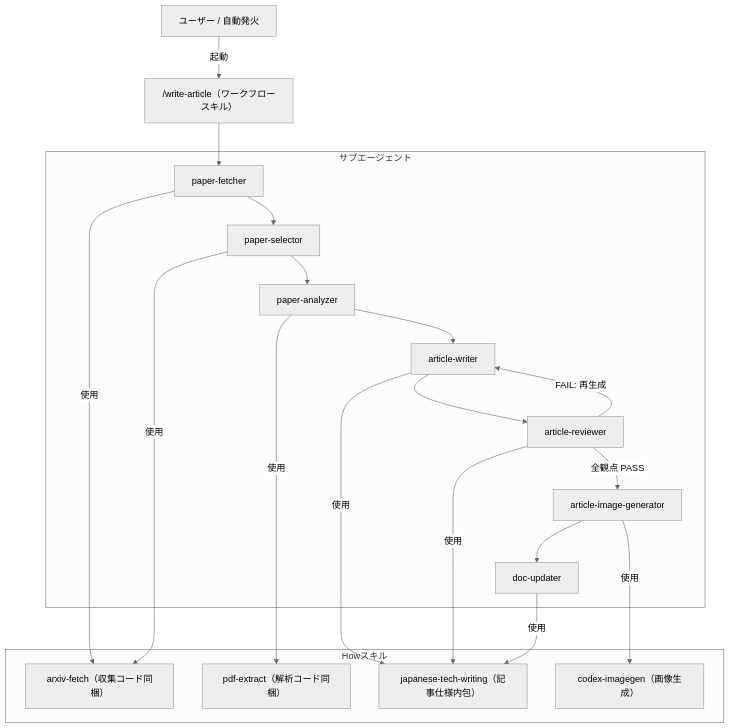
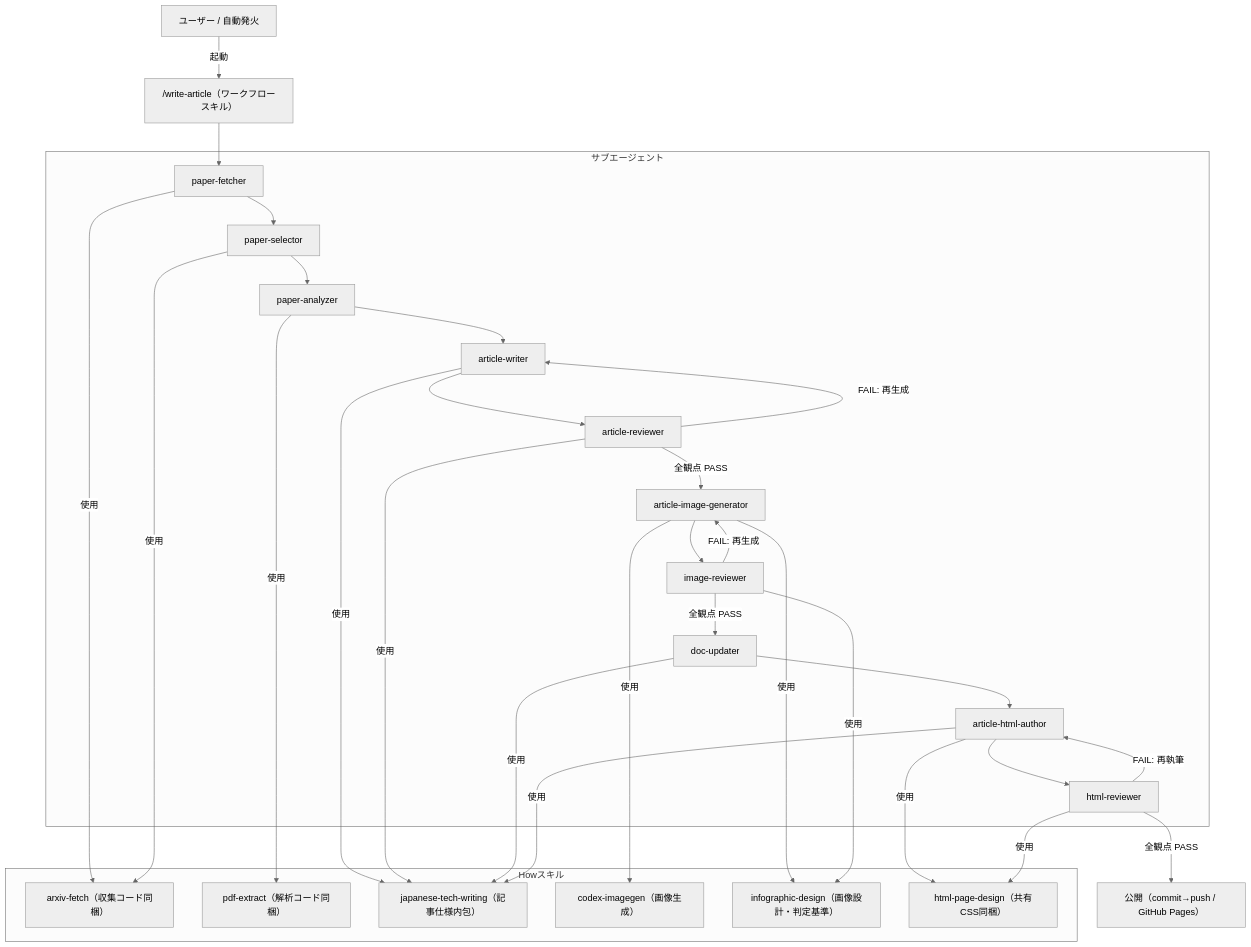
Before and after one commit to TomokiIshimine/paper-lens: the diagram in docs/architecture.md, drawn with Mermaid (neutral theme). The commit also changed other lines of this file and 5 other files, not shown here.

````diff
--- a/docs/architecture.md
+++ b/docs/architecture.md
@@ -14,35 +14,51 @@
 ```mermaid
 graph TD
     USER["ユーザー / 自動発火"]
     WF["/write-article（ワークフロースキル）"]
 
     subgraph サブエージェント
         FETCH["paper-fetcher"]
         SELECT["paper-selector"]
         ANALYZE["paper-analyzer"]
         WRITE["article-writer"]
         REVIEW["article-reviewer"]
         IMAGE["article-image-generator"]
+        IMGREV["image-reviewer"]
         DOCUP["doc-updater"]
+        HTMLAUTH["article-html-author"]
+        HTMLREV["html-reviewer"]
     end
 
     subgraph Howスキル
         SK_FETCH["arxiv-fetch（収集コード同梱）"]
         SK_PDF["pdf-extract（解析コード同梱）"]
         SK_WRITE["japanese-tech-writing（記事仕様内包）"]
         SK_IMG["codex-imagegen（画像生成）"]
+        SK_INFO["infographic-design（画像設計・判定基準）"]
+        SK_HTML["html-page-design（共有CSS同梱）"]
     end
+
+    PAGES["公開（commit→push / GitHub Pages）"]
 
     USER -->|起動| WF
     WF --> FETCH --> SELECT --> ANALYZE --> WRITE --> REVIEW
     REVIEW -->|FAIL: 再生成| WRITE
-    REVIEW -->|全観点 PASS| IMAGE --> DOCUP
+    REVIEW -->|全観点 PASS| IMAGE --> IMGREV
+    IMGREV -->|FAIL: 再生成| IMAGE
+    IMGREV -->|全観点 PASS| DOCUP --> HTMLAUTH --> HTMLREV
+    HTMLREV -->|FAIL: 再執筆| HTMLAUTH
+    HTMLREV -->|全観点 PASS| PAGES
 
     FETCH -->|使用| SK_FETCH
     SELECT -->|使用| SK_FETCH
     ANALYZE -->|使用| SK_PDF
     WRITE -->|使用| SK_WRITE
     REVIEW -->|使用| SK_WRITE
     IMAGE -->|使用| SK_IMG
+    IMAGE -->|使用| SK_INFO
+    IMGREV -->|使用| SK_INFO
     DOCUP -->|使用| SK_WRITE
+    HTMLAUTH -->|使用| SK_HTML
+    HTMLAUTH -->|使用| SK_WRITE
+    HTMLREV -->|使用| SK_HTML
 ```
````
